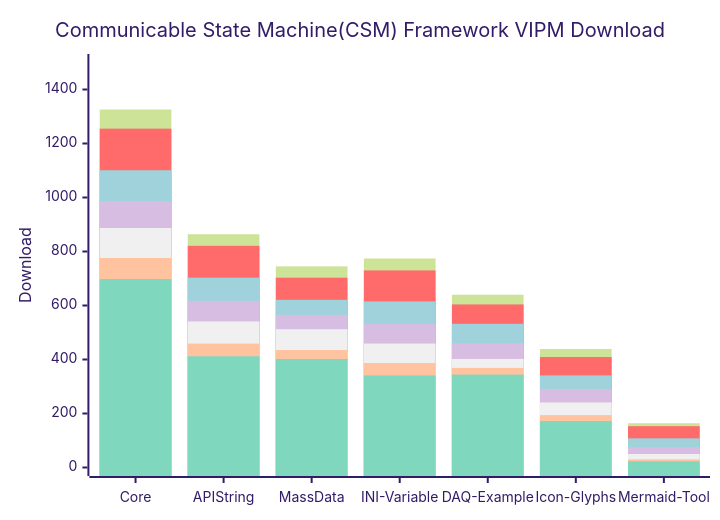
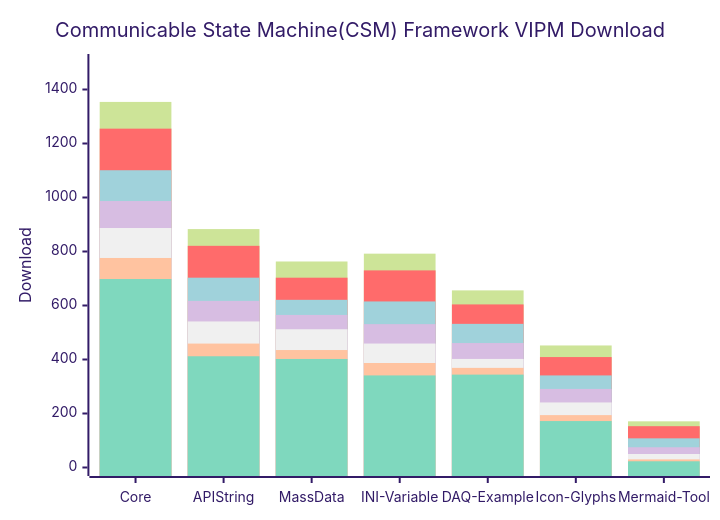
One commit to NEVSTOP-LAB/.github changed the diagram in profile/README.md. Above: the diagram before and after it, drawn with Mermaid (forest theme).

````diff
--- a/profile/README.md
+++ b/profile/README.md
@@ -31,13 +31,13 @@
 ```mermaid
     xychart-beta
     title "Communicable State Machine(CSM) Framework VIPM Download"
     x-axis [Core, API String, MassData, INI-Variable, DAQ-Example, Icon-Glyphs, Mermaid-Tool]
     y-axis "Download" 0 --> 1500
-    bar   [1326, 864, 745, 774, 640, 439, 164]
+    bar   [1354, 883, 763, 792, 656, 452, 171]
     bar   [1255, 821, 703, 730, 604, 409, 153]
     bar   [1101, 703, 621, 615, 532, 341, 108]
     bar   [987, 617, 565, 531, 461, 291, 75]
     bar   [887, 541, 512, 459, 402, 241, 50]
     bar   [776, 459, 435, 387, 369, 194, 30]
     bar   [698, 412, 402, 341, 344, 172, 23]
 ```
````
